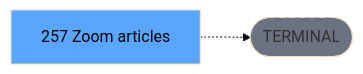
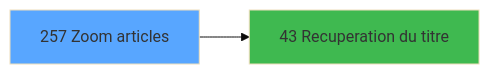
The third of 3 diagrams in .openspec/specs/ADH-IDE-257.md (thonyAGP/magic-migration), drawn with Mermaid (base theme) before and after one commit. The commit also changed other lines of this file and 493 other files, not shown here.

````diff
--- a/.openspec/specs/ADH-IDE-257.md
+++ b/.openspec/specs/ADH-IDE-257.md
@@ -138,8 +254,8 @@
 ```mermaid
 graph LR
-    T[257 Zoom articles]
-    TERM([TERMINAL])
-    T -.-> TERM
-    style TERM fill:#6b7280,stroke-dasharray: 5 5
-    style T fill:#58a6ff,color:#000
+    T257[257 Zoom articles]
+    style T257 fill:#58a6ff
+    C43[43 Recuperation du titre]
+    T257 --> C43
+    style C43 fill:#3fb950
 ```
````
